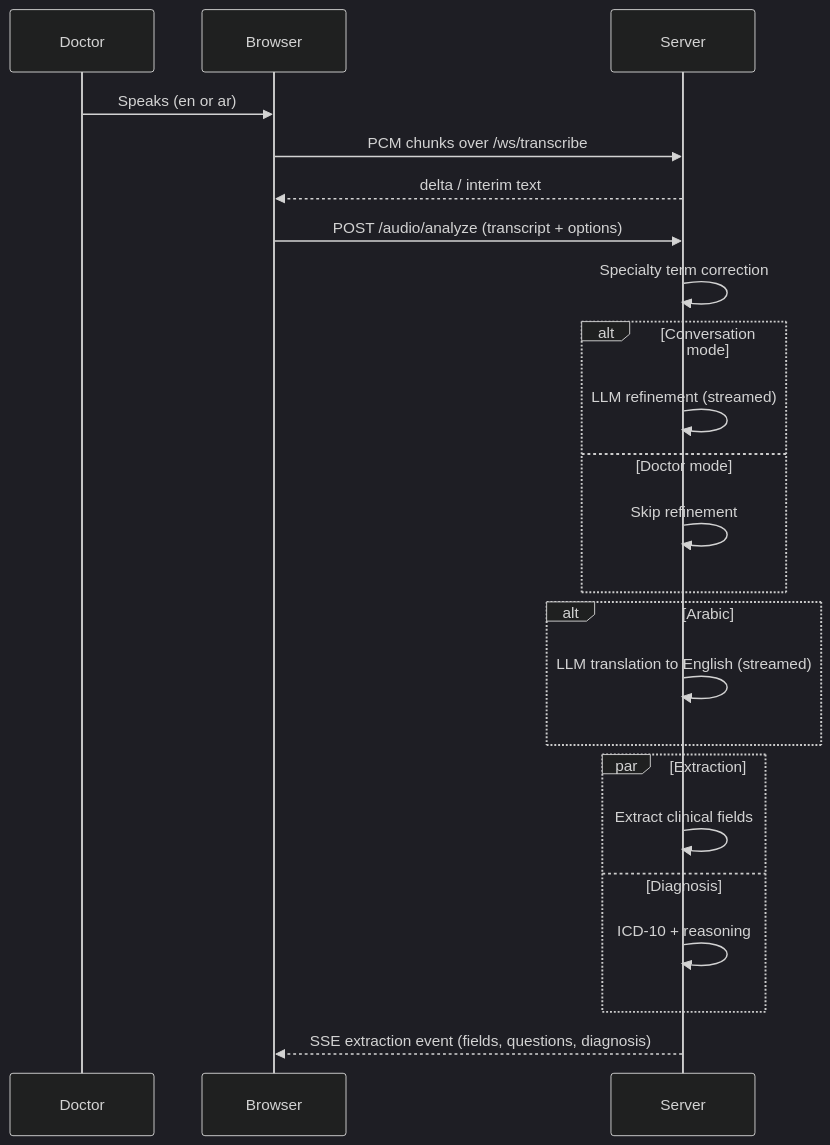
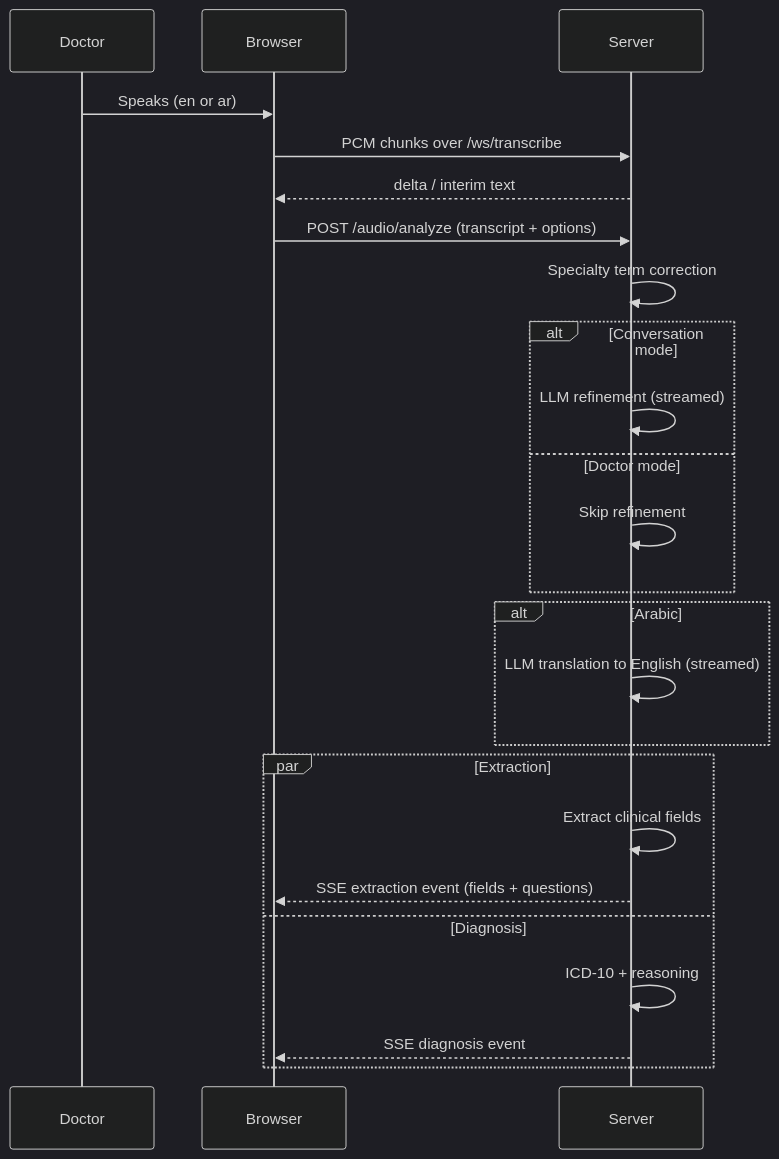
One commit to Andalusia-Data-Science-Team/Voice_for_Clinics changed the second of 2 diagrams in docs/PROJECT_DOCUMENTATION.md. Above: the diagram before and after it, drawn with Mermaid (dark theme). The commit also changed other lines of this file and 45 other files, not shown here.

````diff
--- a/docs/PROJECT_DOCUMENTATION.md
+++ b/docs/PROJECT_DOCUMENTATION.md
@@ -65,25 +66,26 @@
 ```mermaid
 sequenceDiagram
     participant D as Doctor
     participant U as Browser
     participant S as Server
     D->>U: Speaks (en or ar)
     U->>S: PCM chunks over /ws/transcribe
     S-->>U: delta / interim text
     U->>S: POST /audio/analyze (transcript + options)
     S->>S: Specialty term correction
     alt Conversation mode
         S->>S: LLM refinement (streamed)
     else Doctor mode
         S->>S: Skip refinement
     end
     alt Arabic
         S->>S: LLM translation to English (streamed)
     end
     par Extraction
         S->>S: Extract clinical fields
+        S-->>U: SSE extraction event (fields + questions)
     and Diagnosis
         S->>S: ICD-10 + reasoning
+        S-->>U: SSE diagnosis event
     end
-    S-->>U: SSE extraction event (fields, questions, diagnosis)
 ```
````
